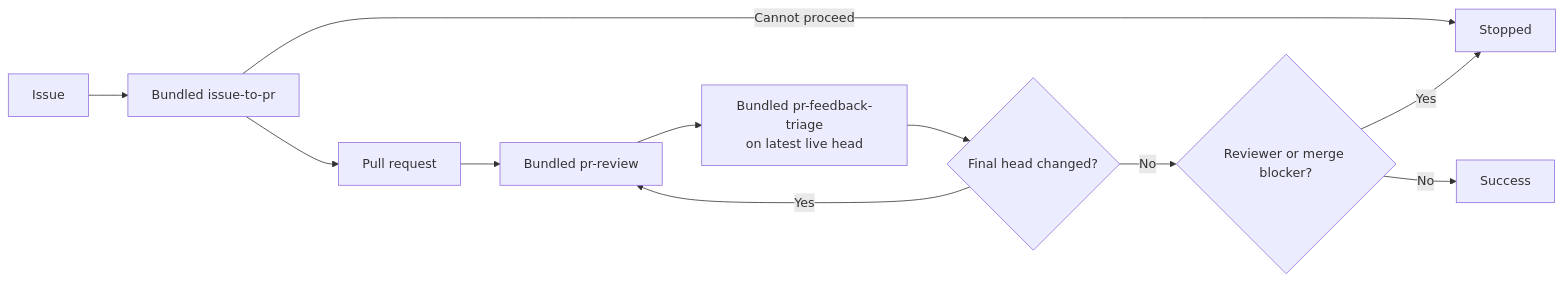
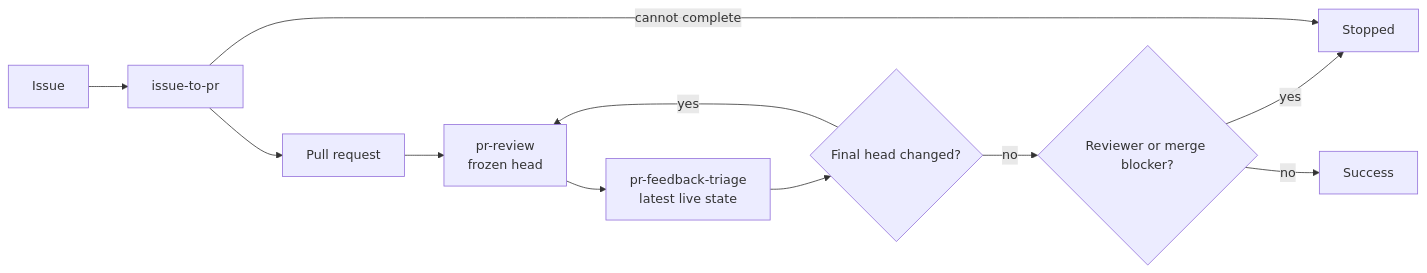
The diagram in README.md (dceoy/pr-loop), drawn with Mermaid before and after one commit. The commit also changed other lines of this file and 6 other files, not shown here.

First line of the commit message:
Simplify and align standalone/composite skill flows (#12)

````diff
--- a/README.md
+++ b/README.md
@@ -11,13 +16,12 @@
 ```mermaid
 flowchart LR
-  I[Issue] --> C[Bundled issue-to-pr] --> PR[Pull request]
-  C -->|Cannot proceed| T[Stopped]
-
-  PR --> R[Bundled pr-review]
-  R --> F[Bundled pr-feedback-triage<br/>on latest live head]
+  I[Issue] --> P[issue-to-pr] --> PR[Pull request]
+  PR --> R[pr-review<br/>frozen head]
+  R --> F[pr-feedback-triage<br/>latest live state]
   F --> H{Final head changed?}
-  H -->|Yes| R
-  H -->|No| B{Reviewer or merge blocker?}
-  B -->|Yes| T
-  B -->|No| S[Success]
+  H -->|yes| R
+  H -->|no| B{Reviewer or merge blocker?}
+  B -->|yes| X[Stopped]
+  B -->|no| S[Success]
+  P -->|cannot complete| X
 ```
````
